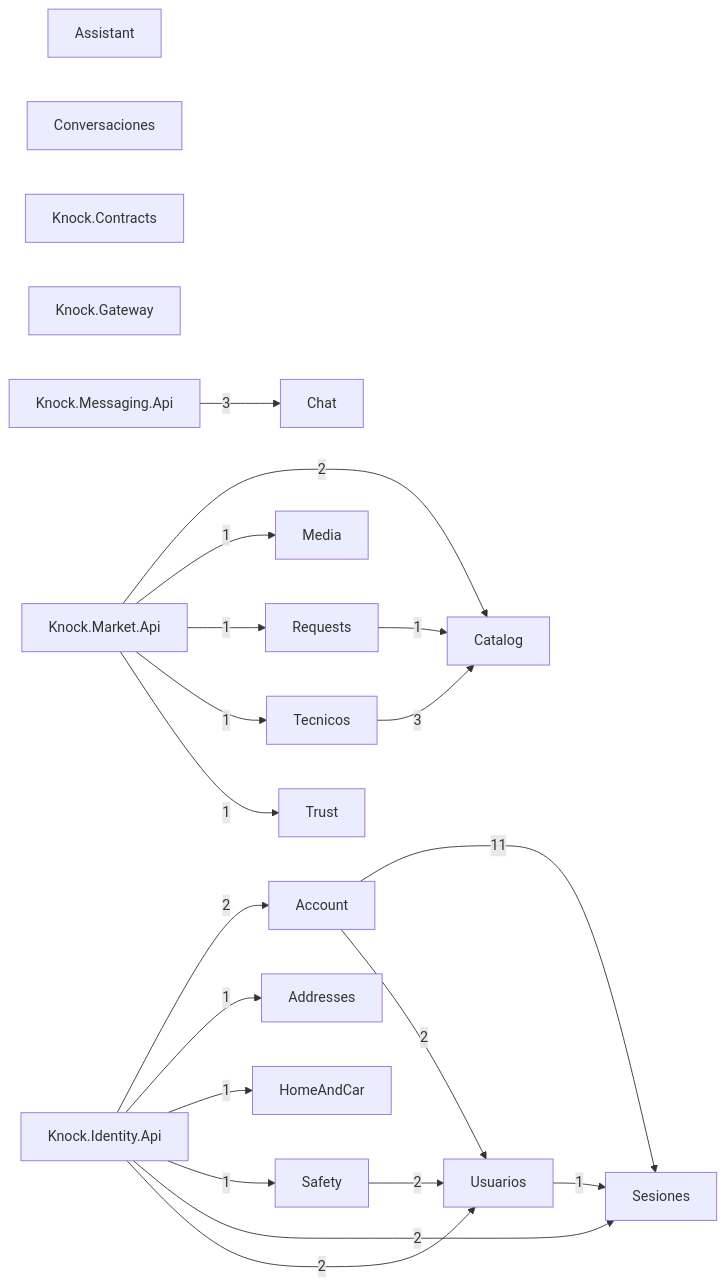
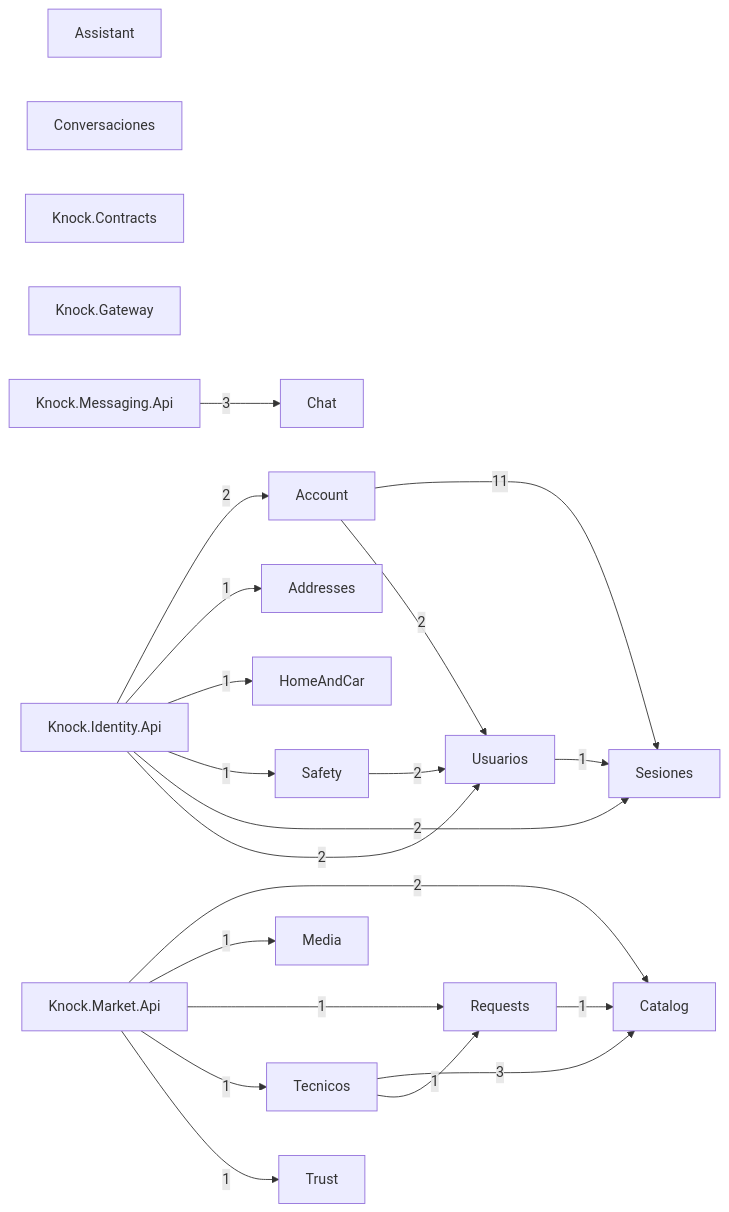
One commit to Tensei-Devs/knock-backend changed the diagram in docs/architecture/modules.mmd. Above: the diagram before and after it, drawn with Mermaid. The commit also changed 19 other files, not shown here.

```diff
--- a/docs/architecture/modules.mmd
+++ b/docs/architecture/modules.mmd
@@ -1,38 +1,39 @@
 graph LR
   Account["Account"]
   Addresses["Addresses"]
   Assistant["Assistant"]
   Catalog["Catalog"]
   Chat["Chat"]
   Conversaciones["Conversaciones"]
   HomeAndCar["HomeAndCar"]
   Knock_Contracts["Knock.Contracts"]
   Knock_Gateway["Knock.Gateway"]
   Knock_Identity_Api["Knock.Identity.Api"]
   Knock_Market_Api["Knock.Market.Api"]
   Knock_Messaging_Api["Knock.Messaging.Api"]
   Media["Media"]
   Requests["Requests"]
   Safety["Safety"]
   Sesiones["Sesiones"]
   Tecnicos["Tecnicos"]
   Trust["Trust"]
   Usuarios["Usuarios"]
   Account -->|11| Sesiones
   Account -->|2| Usuarios
   Knock_Identity_Api -->|2| Account
   Knock_Identity_Api -->|1| Addresses
   Knock_Identity_Api -->|1| HomeAndCar
   Knock_Identity_Api -->|1| Safety
   Knock_Identity_Api -->|2| Sesiones
   Knock_Identity_Api -->|2| Usuarios
   Knock_Market_Api -->|2| Catalog
   Knock_Market_Api -->|1| Media
   Knock_Market_Api -->|1| Requests
   Knock_Market_Api -->|1| Tecnicos
   Knock_Market_Api -->|1| Trust
   Knock_Messaging_Api -->|3| Chat
   Requests -->|1| Catalog
   Safety -->|2| Usuarios
   Tecnicos -->|3| Catalog
+  Tecnicos -->|1| Requests
   Usuarios -->|1| Sesiones
```
